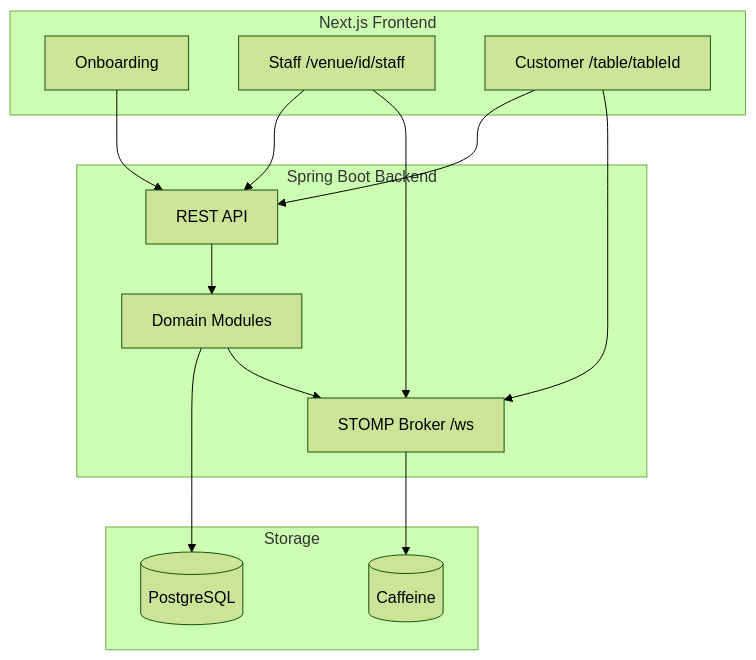
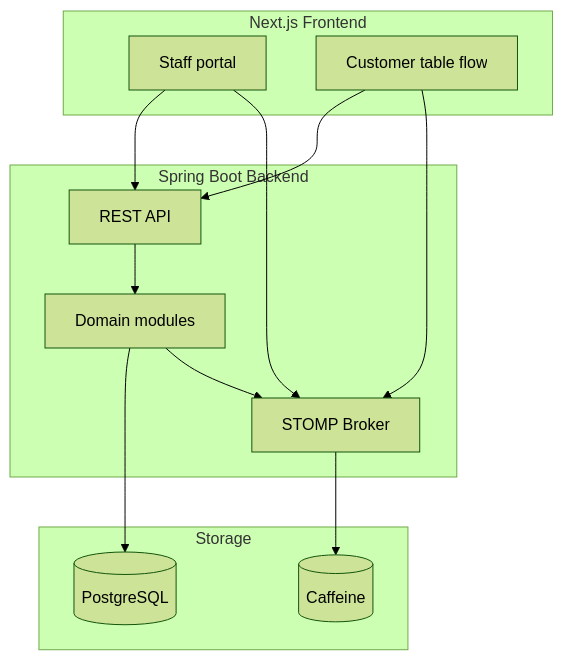
Before and after one commit to AnonimProgrammer/milly-back: the diagram in documenation/system-design.md, drawn with Mermaid (forest theme). The commit also changed other lines of this file, not shown here.

````diff
--- a/documenation/system-design.md
+++ b/documenation/system-design.md
@@ -40,30 +38,28 @@
 ```mermaid
 flowchart TB
   subgraph clients [Next.js Frontend]
-    Onboard[Onboarding]
-    Staff[Staff /venue/id/staff]
-    Customer[Customer /table/tableId]
+    Staff[Staff portal]
+    Customer[Customer table flow]
   end
 
   subgraph backend [Spring Boot Backend]
     REST[REST API]
-    WS[STOMP Broker /ws]
-    Modules[Domain Modules]
+    WS[STOMP Broker]
+    Modules[Domain modules]
   end
 
   subgraph storage [Storage]
     PG[(PostgreSQL)]
     Cache[(Caffeine)]
   end
 
-  Onboard --> REST
   Staff --> REST
   Staff --> WS
   Customer --> REST
   Customer --> WS
 
   REST --> Modules
   Modules --> PG
   Modules --> WS
   WS --> Cache
 ```
````
